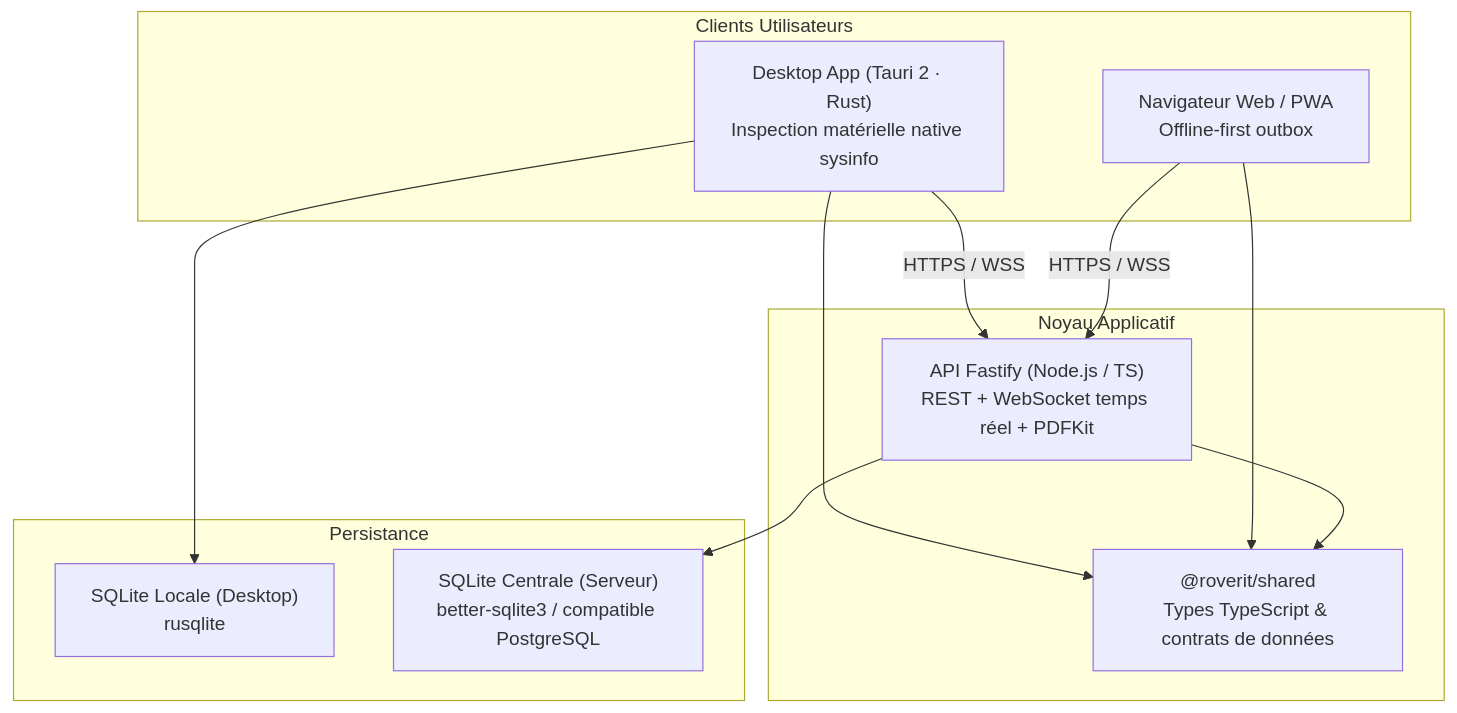
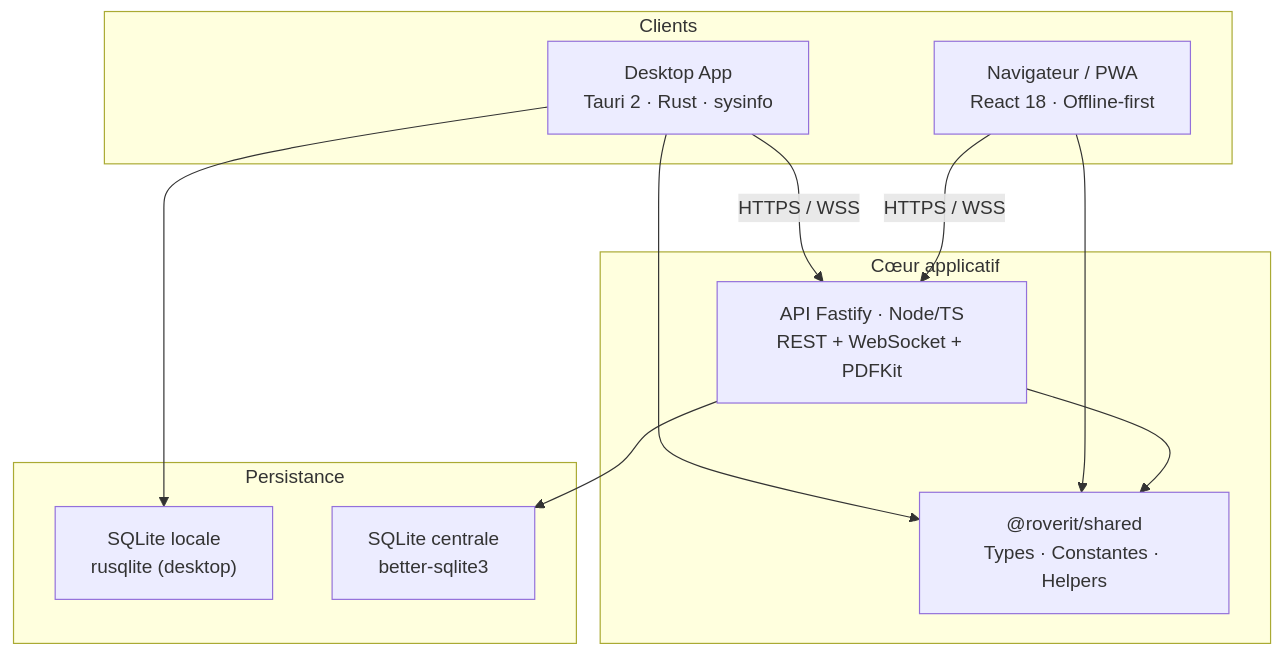
Before and after one commit to martialzinsou/roverit: the first of 5 diagrams in docs/wiki/01-Architecture-Globale.md, drawn with Mermaid. The commit also changed other lines of this file and 10 other files, not shown here.

First line of the commit message:
docs: wiki complet avec schémas UML Mermaid et fix vite base

````diff
--- a/docs/wiki/01-Architecture-Globale.md
+++ b/docs/wiki/01-Architecture-Globale.md
@@ -12,26 +12,22 @@
 ```mermaid
-flowchart TD
-    subgraph Clients["Clients Utilisateurs"]
-        NATIVE["Desktop App (Tauri 2 · Rust)<br/>Inspection matérielle native sysinfo"]
-        WEB["Navigateur Web / PWA<br/>Offline-first outbox"]
+flowchart TB
+    subgraph Clients["Clients"]
+        NATIVE["Desktop App<br/>Tauri 2 · Rust · sysinfo"]
+        WEB["Navigateur / PWA<br/>React 18 · Offline-first"]
     end
-
-    subgraph Core["Noyau Applicatif"]
-        SHARED["@roverit/shared<br/>Types TypeScript & contrats de données"]
-        SERVER["API Fastify (Node.js / TS)<br/>REST + WebSocket temps réel + PDFKit"]
+    subgraph Core["Cœur applicatif"]
+        SHARED["@roverit/shared<br/>Types · Constantes · Helpers"]
+        SERVER["API Fastify · Node/TS<br/>REST + WebSocket + PDFKit"]
     end
-
     subgraph Storage["Persistance"]
-        SQL_LOCAL["SQLite Locale (Desktop)<br/>rusqlite"]
-        SQL_SERVER["SQLite Centrale (Serveur)<br/>better-sqlite3 / compatible PostgreSQL"]
+        SQLL["SQLite locale<br/>rusqlite (desktop)"]
+        SQLS["SQLite centrale<br/>better-sqlite3"]
     end
-
     NATIVE --> SHARED
     WEB --> SHARED
     SERVER --> SHARED
-
-    NATIVE --> SQL_LOCAL
+    NATIVE --> SQLL
     NATIVE -->|HTTPS / WSS| SERVER
     WEB -->|HTTPS / WSS| SERVER
-    SERVER --> SQL_SERVER
+    SERVER --> SQLS
 ```
````
